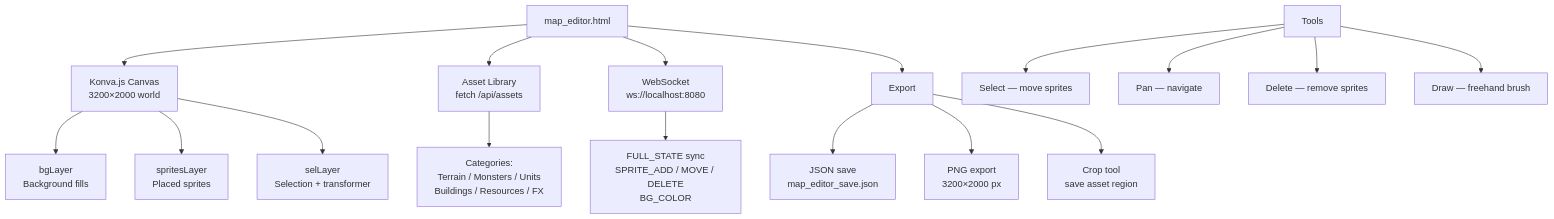
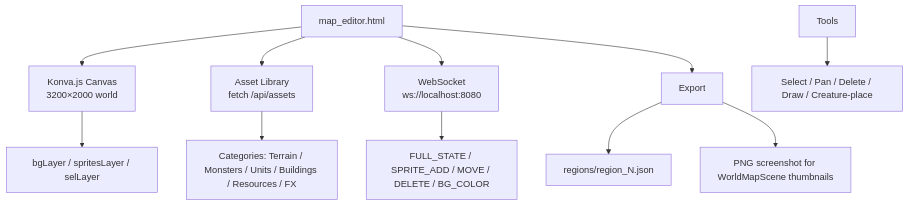
Before and after one commit to Shreyansh-Kushwaha/Dark-Star: diagram 15 of 16 in docs/TECHNICAL_OVERVIEW.md, drawn with Mermaid. The commit also changed other lines of this file and 2 other files, not shown here.

````diff
--- a/docs/TECHNICAL_OVERVIEW.md
+++ b/docs/TECHNICAL_OVERVIEW.md
@@ -729,24 +893,18 @@
 ```mermaid
 graph TD
     A[map_editor.html] --> B[Konva.js Canvas\n3200×2000 world]
     A --> C[Asset Library\nfetch /api/assets]
     A --> D[WebSocket\nws://localhost:8080]
 
-    B --> E[bgLayer\nBackground fills]
-    B --> F[spritesLayer\nPlaced sprites]
-    B --> G[selLayer\nSelection + transformer]
+    B --> E[bgLayer / spritesLayer / selLayer]
 
-    C --> H[Categories:\nTerrain / Monsters / Units\nBuildings / Resources / FX]
+    C --> H[Categories: Terrain / Monsters / Units / Buildings / Resources / FX]
 
-    D --> I[FULL_STATE sync\nSPRITE_ADD / MOVE / DELETE\nBG_COLOR]
+    D --> I[FULL_STATE / SPRITE_ADD / MOVE / DELETE / BG_COLOR]
 
-    J[Tools] --> K[Select — move sprites]
-    J --> L[Pan — navigate]
-    J --> M[Delete — remove sprites]
-    J --> N[Draw — freehand brush]
+    J[Tools] --> K[Select / Pan / Delete / Draw / Creature-place]
 
     A --> O[Export]
-    O --> P[JSON save\nmap_editor_save.json]
-    O --> Q[PNG export\n3200×2000 px]
-    O --> R[Crop tool\nsave asset region]
+    O --> P[regions/region_N.json]
+    O --> Q[PNG screenshot for WorldMapScene thumbnails]
 ```
````
